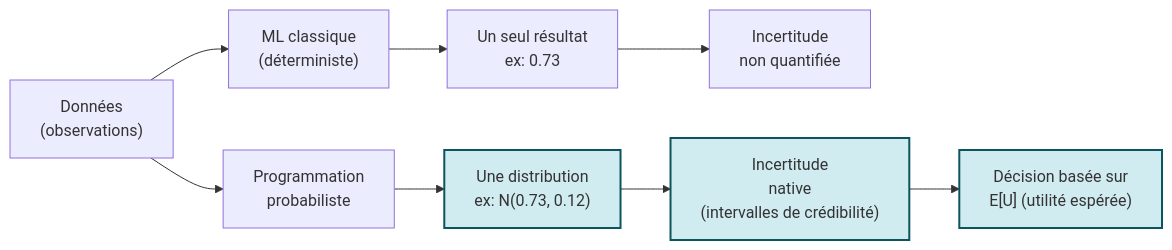
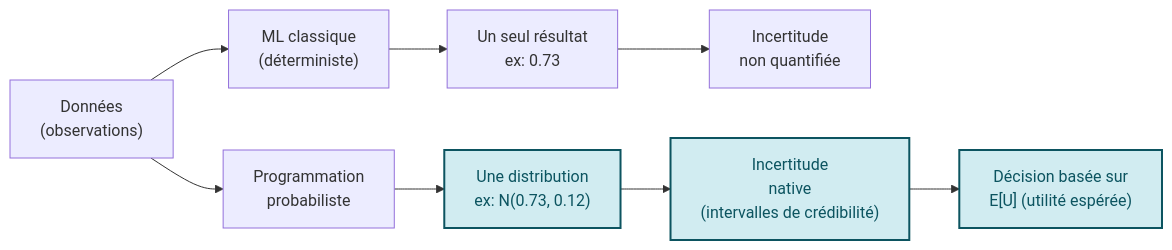
One commit to jsboige/CoursIA changed the first of 3 diagrams in MyIA.AI.Notebooks/Probas/README.md. Above: the diagram before and after it, drawn with Mermaid. The commit also changed other lines of this file, not shown here.

First line of the commit message:
fix(probas,#15022): couleur de texte explicite sur les nœuds mermaid stylés (lisibilité mode sombre) (#15502)

````diff
--- a/MyIA.AI.Notebooks/Probas/README.md
+++ b/MyIA.AI.Notebooks/Probas/README.md
@@ -41,12 +41,13 @@
 ```mermaid
 flowchart LR
     D["Données<br/>(observations)"] --> ML["ML classique<br/>(déterministe)"]
     D --> PP["Programmation<br/>probabiliste"]
     ML --> P1["Un seul résultat<br/>ex: 0.73"]
     PP --> P2["Une distribution<br/>ex: N(0.73, 0.12)"]
     P1 --> U1["Incertitude<br/>non quantifiée"]
     P2 --> U2["Incertitude<br/>native<br/>(intervalles de crédibilité)"]
     U2 --> DEC["Décision basée sur<br/>E[U] (utilité espérée)"]
-    classDef dist fill:#d1ecf1,stroke:#0c5460,stroke-width:2px;
+    %% color: explicite -- sans lui, libelle clair sur fond clair en mode sombre GitHub (#15022) ; ton parfois plus fonce que le stroke (le stroke en couleur de texte rendrait infer illisible) : ne pas harmoniser
+    classDef dist fill:#d1ecf1,stroke:#0c5460,stroke-width:2px,color:#0c5460;
     class P2,U2,DEC dist;
 ```
````
